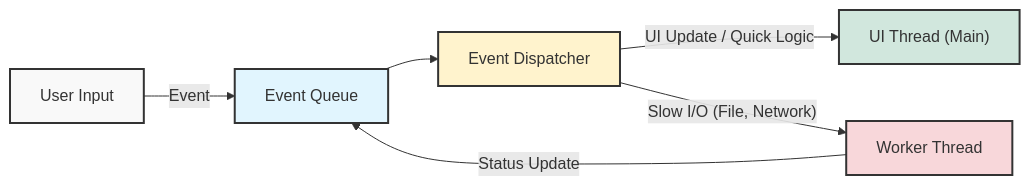
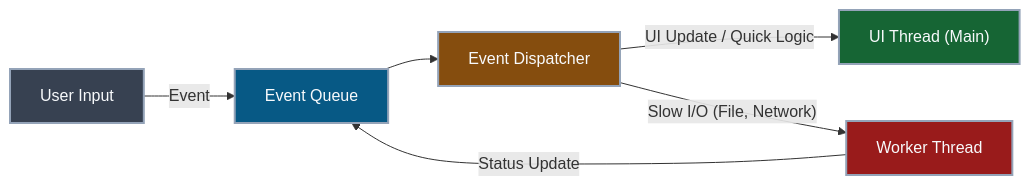
The diagram in _posts/java/12-멀티스레드_기본_이론/2026-03-06-멀티스레드-구조가-필요한-이유.md (Kang-Hyesung/kang-hyesung.github.io), drawn with Mermaid before and after one commit. The commit also changed 74 other files, not shown here.

Commit message:
docs: update post visibility and mermaid colors

````diff
--- a/_posts/java/12-멀티스레드_기본_이론/2026-03-06-멀티스레드-구조가-필요한-이유.md
+++ b/_posts/java/12-멀티스레드_기본_이론/2026-03-06-멀티스레드-구조가-필요한-이유.md
@@ -18,15 +18,15 @@
 ```mermaid
 graph LR
     A["User Input"] -- "Event" --> B["Event Queue"]
     B --> C["Event Dispatcher"]
     C -- "UI Update / Quick Logic" --> D["UI Thread (Main)"]
     C -- "Slow I/O (File, Network)" --> E["Worker Thread"]
     E -- "Status Update" --> B
 
     %% 스타일 정의
-    style A fill:#f9f9f9,stroke:#333,stroke-width:2px
-    style B fill:#e1f5fe,stroke:#333,stroke-width:2px
-    style C fill:#fff3cd,stroke:#333,stroke-width:2px
-    style D fill:#d1e7dd,stroke:#333,stroke-width:2px
-    style E fill:#f8d7da,stroke:#333,stroke-width:2px
+    style A fill:#374151,stroke:#94a3b8,stroke-width:2px,color:#f8fafc
+    style B fill:#075985,stroke:#94a3b8,stroke-width:2px,color:#f8fafc
+    style C fill:#854d0e,stroke:#94a3b8,stroke-width:2px,color:#f8fafc
+    style D fill:#166534,stroke:#94a3b8,stroke-width:2px,color:#f8fafc
+    style E fill:#991b1b,stroke:#94a3b8,stroke-width:2px,color:#f8fafc
 ```
````
